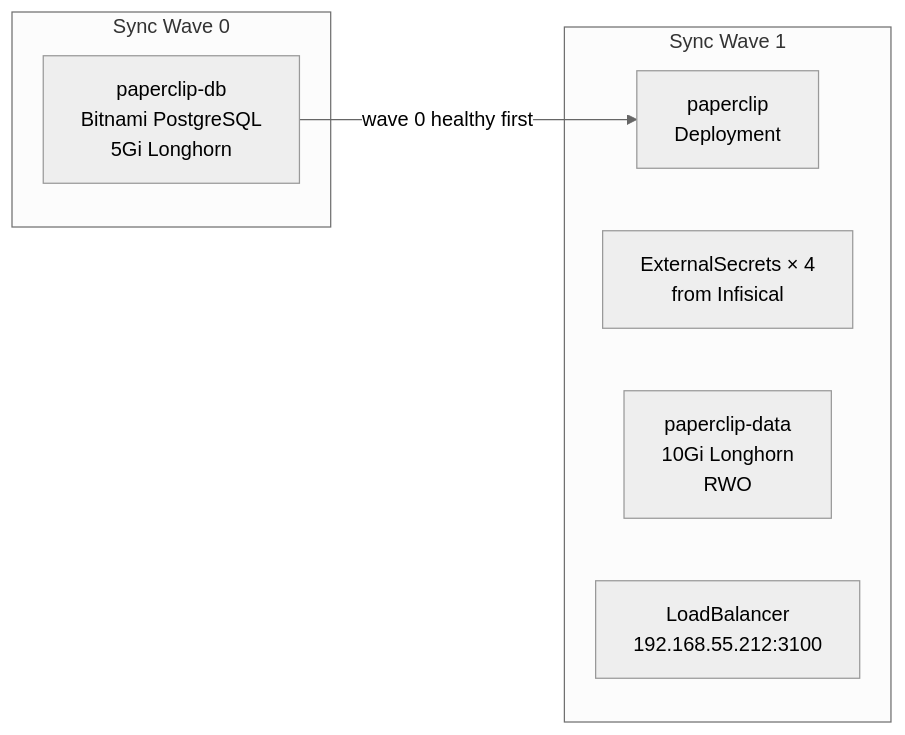
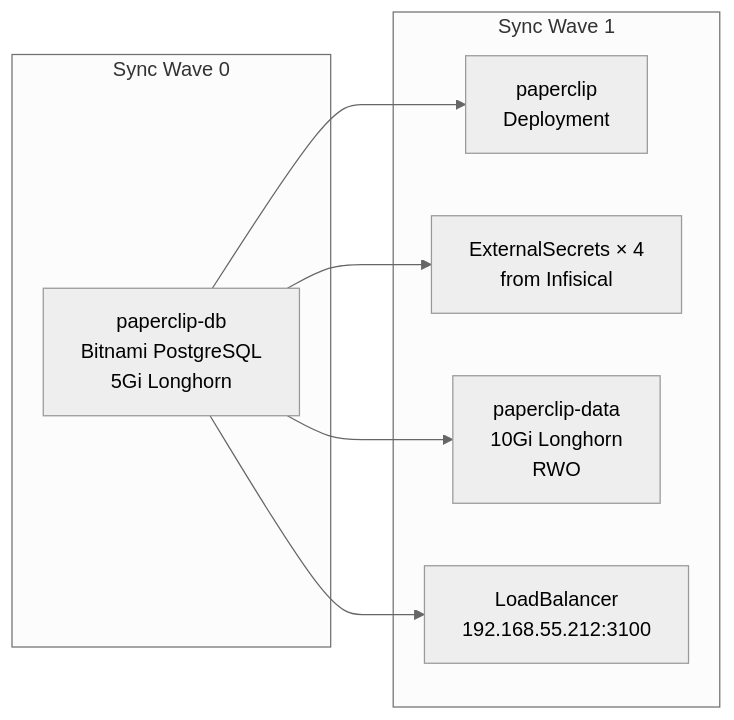
One commit to derio-net/frank changed the second of 3 diagrams in blog/content/docs/building/15-paperclip/index.md. Above: the diagram before and after it, drawn with Mermaid (neutral theme). The commit also changed other lines of this file and 22 other files, not shown here.

````diff
--- a/blog/content/docs/building/15-paperclip/index.md
+++ b/blog/content/docs/building/15-paperclip/index.md
@@ -49,14 +49,17 @@
 ```mermaid
 flowchart LR
   subgraph Wave0[Sync Wave 0]
     DB[paperclip-db<br/>Bitnami PostgreSQL<br/>5Gi Longhorn]
   end
   subgraph Wave1[Sync Wave 1]
     P[paperclip<br/>Deployment]
     ES[ExternalSecrets × 4<br/>from Infisical]
     PVC[paperclip-data<br/>10Gi Longhorn<br/>RWO]
     LB[LoadBalancer<br/>192.168.55.212:3100]
   end
 
-  DB -->|wave 0 healthy first| P
+  DB --> P
+  DB --> ES
+  DB --> PVC
+  DB --> LB
 ```
````
